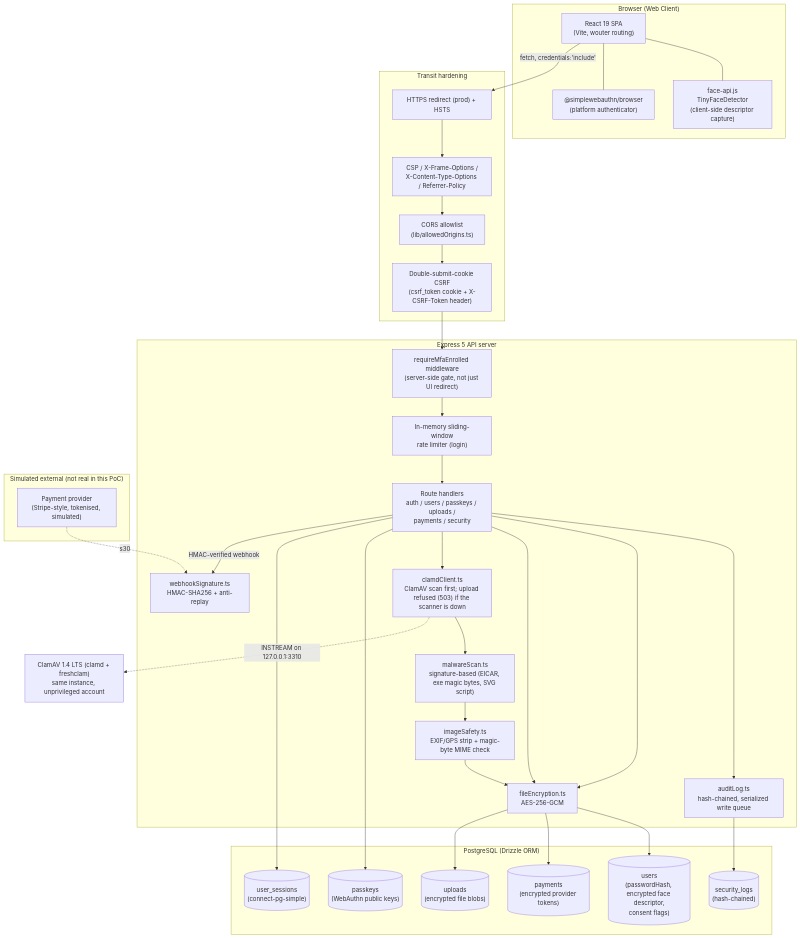
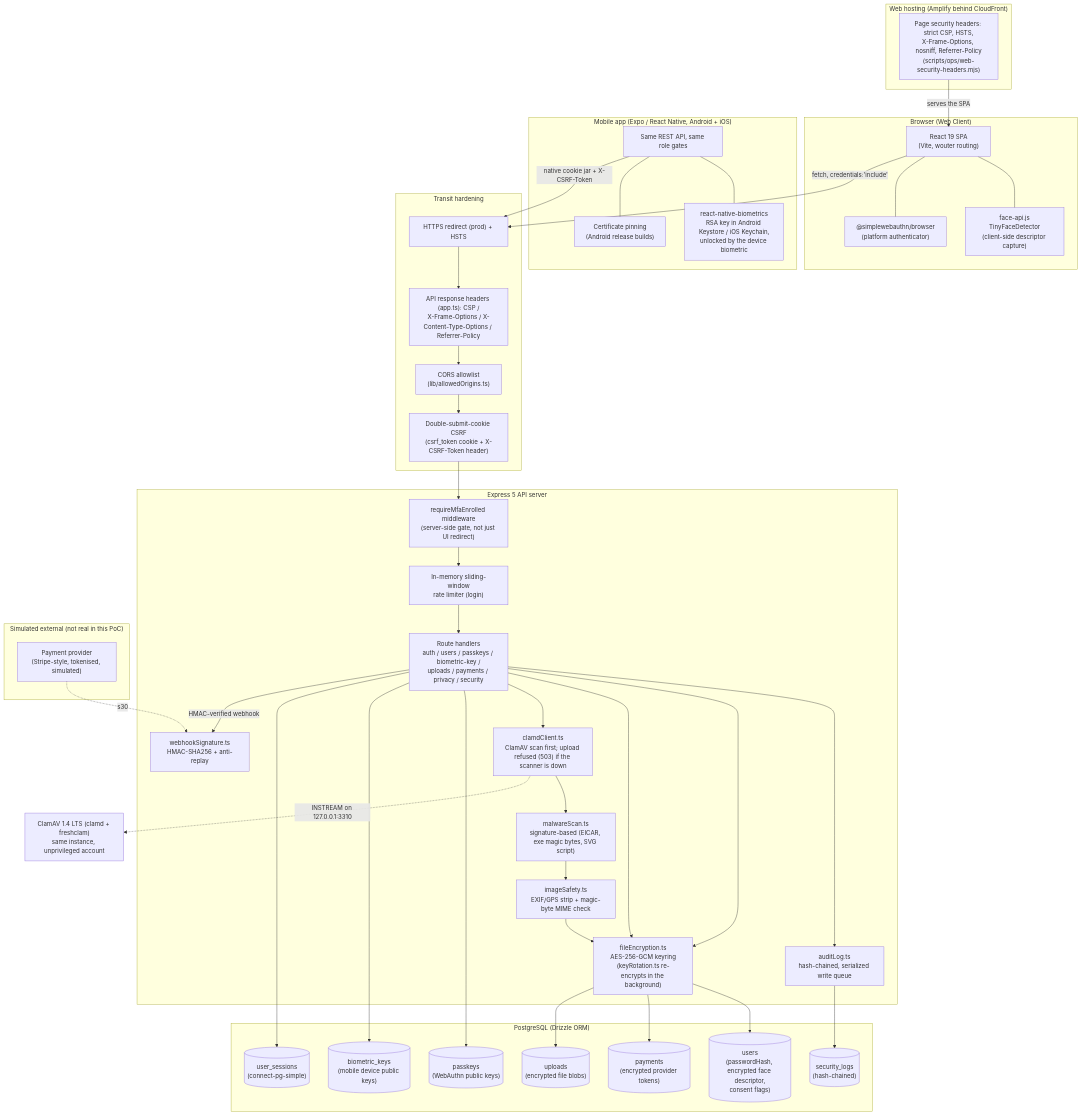
The diagram in docs/01_Security_Architecture.md (GYaseenkhan/Biometric--Authentication), drawn with Mermaid before and after one commit. The commit also changed other lines of this file and 9 other files, not shown here.

````diff
--- a/docs/01_Security_Architecture.md
+++ b/docs/01_Security_Architecture.md
@@ -8,54 +8,70 @@
 ```mermaid
 flowchart TB
     subgraph Client["Browser (Web Client)"]
         UI["React 19 SPA<br/>(Vite, wouter routing)"]
         FaceLib["face-api.js<br/>TinyFaceDetector<br/>(client-side descriptor capture)"]
         WebAuthnClient["@simplewebauthn/browser<br/>(platform authenticator)"]
         UI --- FaceLib
         UI --- WebAuthnClient
     end
 
+    subgraph Mobile["Mobile app (Expo / React Native, Android + iOS)"]
+        MobileUI["Same REST API, same role gates"]
+        DeviceKey["react-native-biometrics<br/>RSA key in Android Keystore / iOS Keychain,<br/>unlocked by the device biometric"]
+        Pinning["Certificate pinning<br/>(Android release builds)"]
+        MobileUI --- DeviceKey
+        MobileUI --- Pinning
+    end
+
+    subgraph WebHost["Web hosting (Amplify behind CloudFront)"]
+        PageHeaders["Page security headers: strict CSP, HSTS,<br/>X-Frame-Options, nosniff, Referrer-Policy<br/>(scripts/ops/web-security-headers.mjs)"]
+    end
+
     subgraph Edge["Transit hardening"]
         HTTPS["HTTPS redirect (prod) + HSTS"]
-        Headers["CSP / X-Frame-Options /<br/>X-Content-Type-Options / Referrer-Policy"]
+        Headers["API response headers (app.ts): CSP /<br/>X-Frame-Options / X-Content-Type-Options / Referrer-Policy"]
         CORS["CORS allowlist<br/>(lib/allowedOrigins.ts)"]
         CSRF["Double-submit-cookie CSRF<br/>(csrf_token cookie + X-CSRF-Token header)"]
     end
 
     subgraph API["Express 5 API server"]
         MW["requireMfaEnrolled middleware<br/>(server-side gate, not just UI redirect)"]
         RateLimit["In-memory sliding-window<br/>rate limiter (login)"]
-        Routes["Route handlers<br/>auth / users / passkeys / uploads /<br/>payments / security"]
+        Routes["Route handlers<br/>auth / users / passkeys / biometric-key /<br/>uploads / payments / privacy / security"]
         AuditLib["auditLog.ts<br/>hash-chained, serialized write queue"]
-        Encrypt["fileEncryption.ts<br/>AES-256-GCM"]
+        Encrypt["fileEncryption.ts<br/>AES-256-GCM keyring<br/>(keyRotation.ts re-encrypts in the background)"]
         Clamd["clamdClient.ts<br/>ClamAV scan first; upload refused (503) if the scanner is down"]
         Scan["malwareScan.ts<br/>signature-based (EICAR, exe magic bytes, SVG script)"]
         ImgSafety["imageSafety.ts<br/>EXIF/GPS strip + magic-byte MIME check"]
         WebhookSig["webhookSignature.ts<br/>HMAC-SHA256 + anti-replay"]
     end
 
     subgraph DB["PostgreSQL (Drizzle ORM)"]
         Users[("users<br/>(passwordHash, encrypted face descriptor,<br/>consent flags)")]
         Passkeys[("passkeys<br/>(WebAuthn public keys)")]
+        BioKeys[("biometric_keys<br/>(mobile device public keys)")]
         Uploads[("uploads<br/>(encrypted file blobs)")]
         Payments[("payments<br/>(encrypted provider tokens)")]
         Logs[("security_logs<br/>(hash-chained)")]
         Sessions[("user_sessions<br/>(connect-pg-simple)")]
     end
 
     subgraph ExternalSim["Simulated external (not real in this PoC)"]
         Provider["Payment provider<br/>(Stripe-style, tokenised, simulated)"]
     end
 
+    PageHeaders -->|serves the SPA| UI
     UI -->|fetch, credentials:'include'| HTTPS --> Headers --> CORS --> CSRF --> MW
+    MobileUI -->|"native cookie jar + X-CSRF-Token"| HTTPS
     MW --> RateLimit --> Routes
     Routes --> AuditLib --> Logs
     Routes --> Encrypt --> Users
     Routes --> Encrypt --> Payments
     Routes --> Clamd --> Scan --> ImgSafety --> Encrypt --> Uploads
     Clamd -.->|"INSTREAM on 127.0.0.1:3310"| ClamAV["ClamAV 1.4 LTS (clamd + freshclam)<br/>same instance, unprivileged account"]
     Routes --> Passkeys
+    Routes --> BioKeys
     Routes --> Sessions
     Routes -->|HMAC-verified webhook| WebhookSig
     Provider -. s30 .-> WebhookSig
 ```
````
